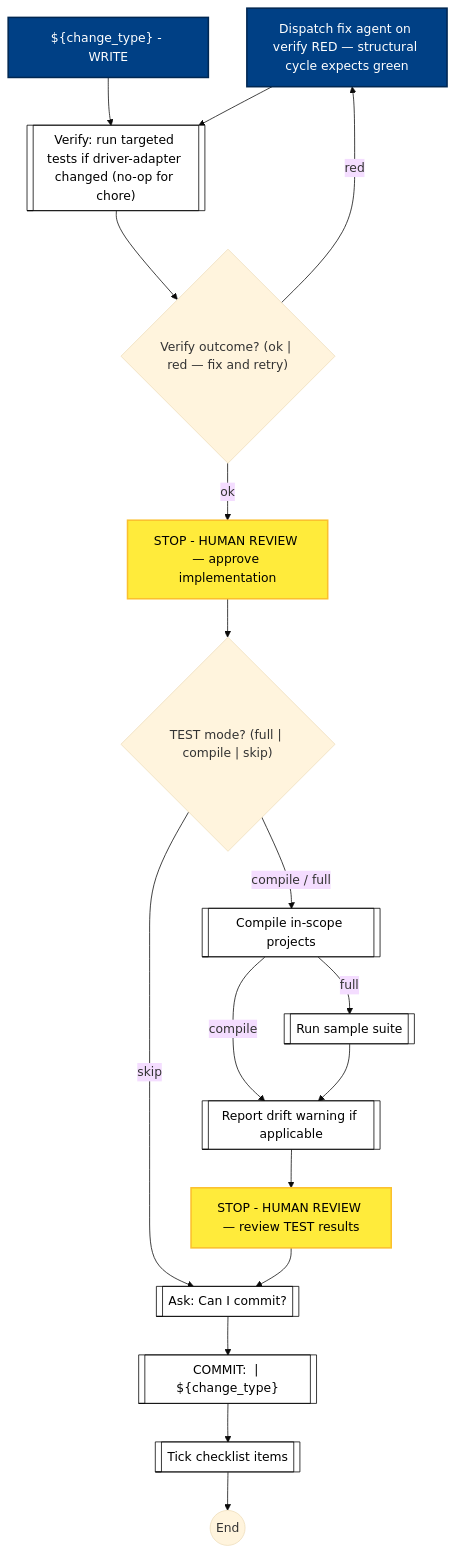
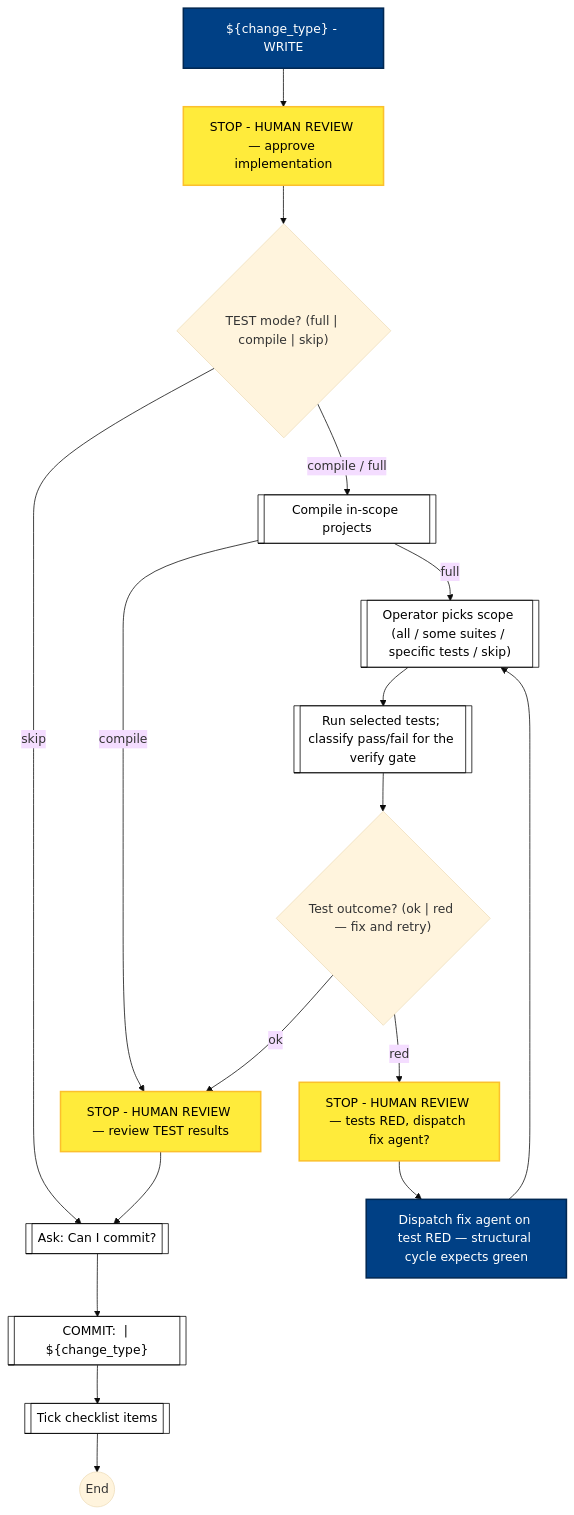
One commit to optivem/gh-optivem changed the ninth of 14 diagrams in docs/process-diagram.md. Above: the diagram before and after it, drawn with Mermaid (base theme). The commit also changed other lines of this file and 38 other files, not shown here.

Commit message:
atdd: rename process-flow node IDs (action-prefixed) and regenerate diagrams

````diff
--- a/docs/process-diagram.md
+++ b/docs/process-diagram.md
@@ -243,43 +243,43 @@
 ```mermaid
 flowchart TD
+    APPROVE_STRUCTURAL_CHANGE[STOP - HUMAN REVIEW — approve implementation]
     ASK_COMMIT[[Ask: Can I commit?]]
+    CHOOSE_TESTS[["Operator picks scope (all / some suites / specific tests / skip)"]]
     COMMIT_STRUCT[["COMMIT: <Ticket> | ${change_type}"]]
     COMPILE[[Compile in-scope projects]]
-    DRIFT[[Report drift warning if applicable]]
-    FIX_STRUCT_VERIFY[Dispatch fix agent on verify RED — structural cycle expects green]
-    GATE_STRUCT_VERIFY{"Verify outcome? (ok | red — fix and retry)"}
+    FIX_STRUCT_VERIFY[Dispatch fix agent on test RED — structural cycle expects green]
+    GATE_STRUCT_VERIFY{"Test outcome? (ok | red — fix and retry)"}
     GATE_TEST_MODE{"TEST mode? (full | compile | skip)"}
-    SAMPLE[[Run sample suite]]
-    STOP_STRUCT_REVIEW[STOP - HUMAN REVIEW — approve implementation]
+    IMPLEMENT_STRUCTURAL_CHANGE["${change_type} - WRITE"]
+    RUN_TESTS[["Run selected tests; classify pass/fail for the verify gate"]]
     STOP_STRUCT_TEST[STOP - HUMAN REVIEW — review TEST results]
+    STOP_STRUCT_VERIFY_REVIEW[STOP - HUMAN REVIEW — tests RED, dispatch fix agent?]
     STRUCT_END((End))
-    STRUCT_WRITE["${change_type} - WRITE"]
-    TICK[[Tick checklist items]]
-    VERIFY_STRUCT_DRIVER[["Verify: run targeted tests if driver-adapter changed (no-op for chore)"]]
+    TICK_CHECKLIST[[Tick checklist items]]
 
-    STRUCT_WRITE --> VERIFY_STRUCT_DRIVER
-    VERIFY_STRUCT_DRIVER --> GATE_STRUCT_VERIFY
-    GATE_STRUCT_VERIFY -- ok --> STOP_STRUCT_REVIEW
-    GATE_STRUCT_VERIFY -- red --> FIX_STRUCT_VERIFY
-    FIX_STRUCT_VERIFY --> VERIFY_STRUCT_DRIVER
-    STOP_STRUCT_REVIEW --> GATE_TEST_MODE
+    IMPLEMENT_STRUCTURAL_CHANGE --> APPROVE_STRUCTURAL_CHANGE
+    APPROVE_STRUCTURAL_CHANGE --> GATE_TEST_MODE
     GATE_TEST_MODE -- skip --> ASK_COMMIT
     GATE_TEST_MODE -- compile / full --> COMPILE
-    COMPILE -- full --> SAMPLE
-    COMPILE -- compile --> DRIFT
-    SAMPLE --> DRIFT
-    DRIFT --> STOP_STRUCT_TEST
+    COMPILE -- full --> CHOOSE_TESTS
+    COMPILE -- compile --> STOP_STRUCT_TEST
+    CHOOSE_TESTS --> RUN_TESTS
+    RUN_TESTS --> GATE_STRUCT_VERIFY
+    GATE_STRUCT_VERIFY -- ok --> STOP_STRUCT_TEST
+    GATE_STRUCT_VERIFY -- red --> STOP_STRUCT_VERIFY_REVIEW
+    STOP_STRUCT_VERIFY_REVIEW --> FIX_STRUCT_VERIFY
+    FIX_STRUCT_VERIFY --> CHOOSE_TESTS
     STOP_STRUCT_TEST --> ASK_COMMIT
     ASK_COMMIT --> COMMIT_STRUCT
-    COMMIT_STRUCT --> TICK
-    TICK --> STRUCT_END
+    COMMIT_STRUCT --> TICK_CHECKLIST
+    TICK_CHECKLIST --> STRUCT_END
 
     classDef serviceNode fill:#ffffff,stroke:#000000,stroke-width:1px,color:#000000
-    class ASK_COMMIT,COMMIT_STRUCT,COMPILE,DRIFT,SAMPLE,TICK,VERIFY_STRUCT_DRIVER serviceNode
+    class ASK_COMMIT,CHOOSE_TESTS,COMMIT_STRUCT,COMPILE,RUN_TESTS,TICK_CHECKLIST serviceNode
 
     classDef agentNode fill:#004085,stroke:#002752,stroke-width:2px,color:#ffffff
-    class FIX_STRUCT_VERIFY,STRUCT_WRITE agentNode
+    class FIX_STRUCT_VERIFY,IMPLEMENT_STRUCTURAL_CHANGE agentNode
 
     classDef humanNode fill:#ffeb3b,stroke:#fbc02d,stroke-width:2px,color:#000000
-    class STOP_STRUCT_REVIEW,STOP_STRUCT_TEST humanNode
+    class APPROVE_STRUCTURAL_CHANGE,STOP_STRUCT_TEST,STOP_STRUCT_VERIFY_REVIEW humanNode
 ```
````
